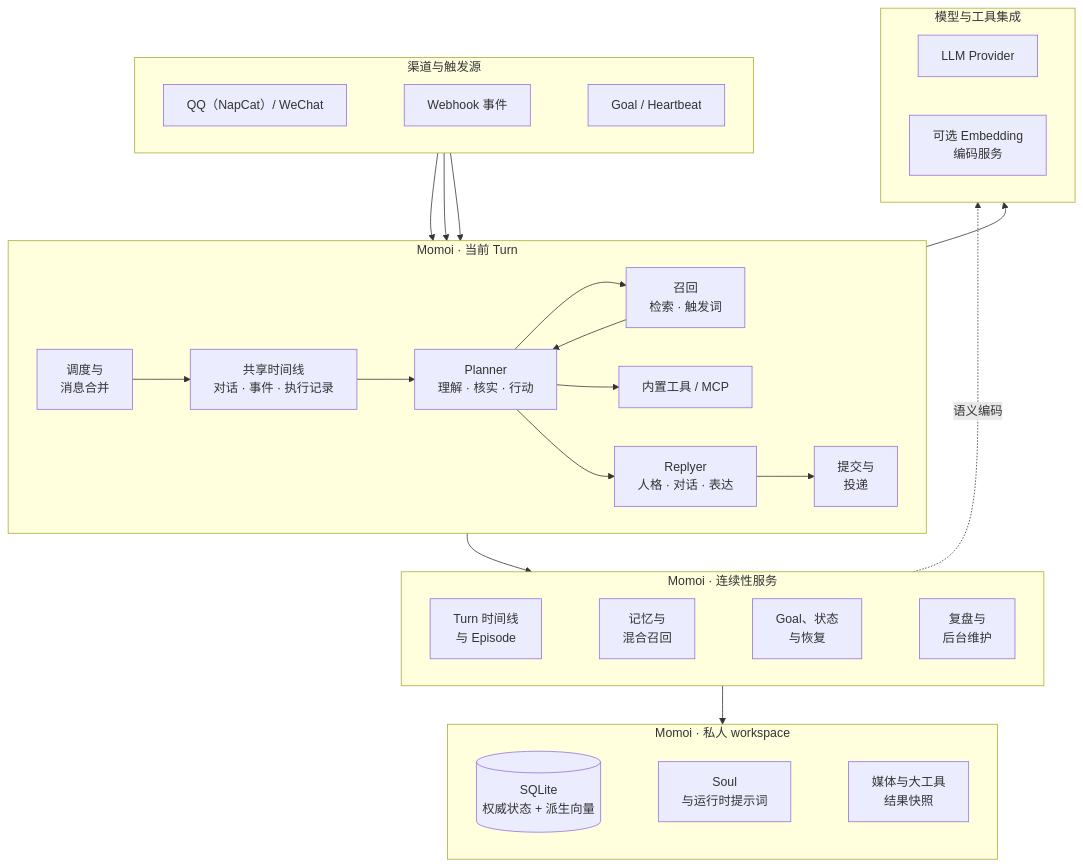
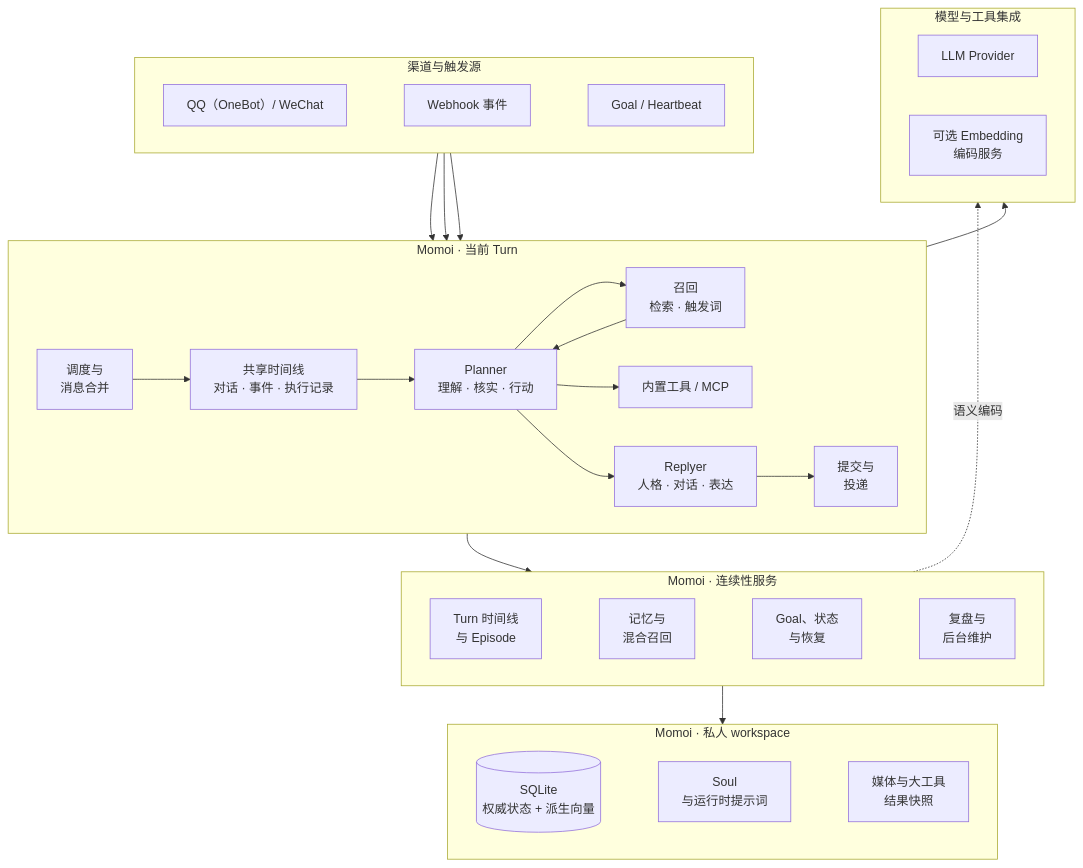
Before and after one commit to RicterZ/Momoi: the first of 2 diagrams in README.zh-CN.md, drawn with Mermaid. The commit also changed other lines of this file and 7 other files, not shown here.

First line of the commit message:
docs: describe the QQ channel as OneBot ahead of the merge

````diff
--- a/README.zh-CN.md
+++ b/README.zh-CN.md
@@ -37,57 +37,57 @@
 ```mermaid
 flowchart TB
   subgraph triggers["渠道与触发源"]
     direction LR
-    chat["QQ（NapCat）/ WeChat"]
+    chat["QQ（OneBot）/ WeChat"]
     webhook["Webhook 事件"]
     clock["Goal / Heartbeat"]
     chat ~~~ webhook ~~~ clock
   end
 
   subgraph active["Momoi · 当前 Turn"]
     direction LR
     intake["调度与<br/>消息合并"]
     transcript["共享时间线<br/>对话 · 事件 · 执行记录"]
     context["召回<br/>检索 · 触发词"]
     agent["Planner<br/>理解 · 核实 · 行动"]
     replyer["Replyer<br/>人格 · 对话 · 表达"]
     delivery["提交与<br/>投递"]
     intake --> transcript --> agent
     agent --> context --> agent
     agent --> tools
     agent --> replyer --> delivery
   end
 
   subgraph continuity["Momoi · 连续性服务"]
     direction LR
     timeline["Turn 时间线<br/>与 Episode"]
     memory["记忆与<br/>混合召回"]
     time["Goal、状态<br/>与恢复"]
     upkeep["复盘与<br/>后台维护"]
     timeline ~~~ memory ~~~ time ~~~ upkeep
   end
 
   subgraph workspace["Momoi · 私人 workspace"]
     direction LR
     sqlite[("SQLite<br/>权威状态 + 派生向量")]
     prompts["Soul<br/>与运行时提示词"]
     files["媒体与大工具<br/>结果快照"]
     sqlite ~~~ prompts ~~~ files
   end
 
   subgraph external["模型与工具集成"]
     direction LR
     llm["LLM Provider"]
     tools["内置工具 / MCP"]
     embedding["可选 Embedding<br/>编码服务"]
     llm ~~~ tools ~~~ embedding
   end
 
   chat --> intake
   webhook --> intake
   clock --> intake
   active --> continuity
   continuity --> workspace
   active --> external
   continuity -. "语义编码" .-> external
 ```
````
